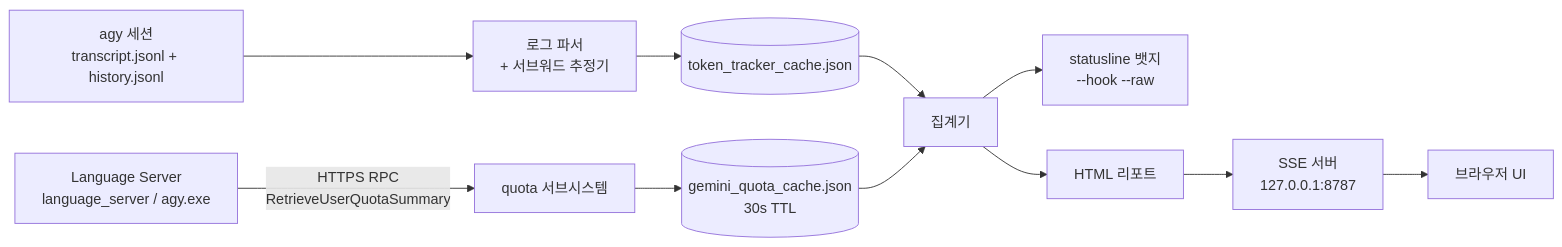
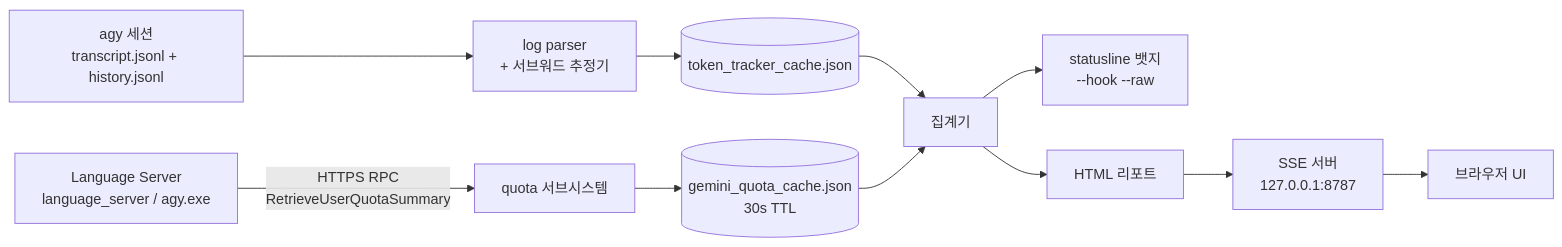
The diagram in README.ko.md (myk1yt/agy-pro), drawn with Mermaid before and after one commit. The commit also changed other lines of this file and 47 other files, not shown here.

````diff
--- a/README.ko.md
+++ b/README.ko.md
@@ -679,11 +204,11 @@
 ```mermaid
 flowchart LR
-    A["agy 세션<br/>transcript.jsonl + history.jsonl"] --> B["로그 파서<br/>+ 서브워드 추정기"]
+    A["agy 세션<br/>transcript.jsonl + history.jsonl"] --> B["log parser<br/>+ 서브워드 추정기"]
     B --> C[("token_tracker_cache.json")]
     LS["Language Server<br/>language_server / agy.exe"] -->|"HTTPS RPC<br/>RetrieveUserQuotaSummary"| Q["quota 서브시스템"]
     Q --> Qc[("gemini_quota_cache.json<br/>30s TTL")]
     C --> D["집계기"]
     Qc --> D
     D --> E["statusline 뱃지<br/>--hook --raw"]
     D --> F["HTML 리포트"] --> G["SSE 서버<br/>127.0.0.1:8787"] --> H["브라우저 UI"]
 ```
````
